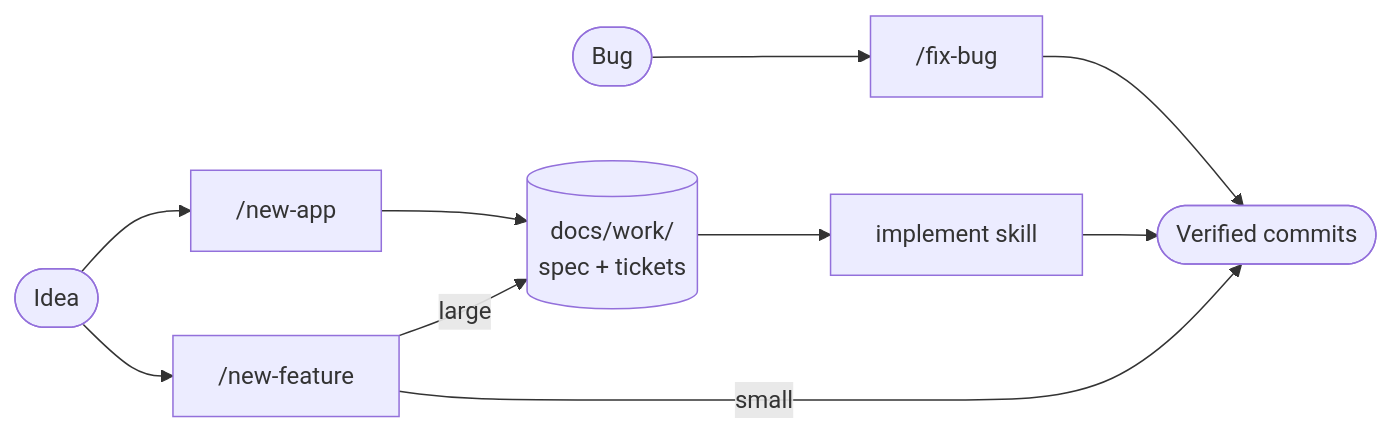
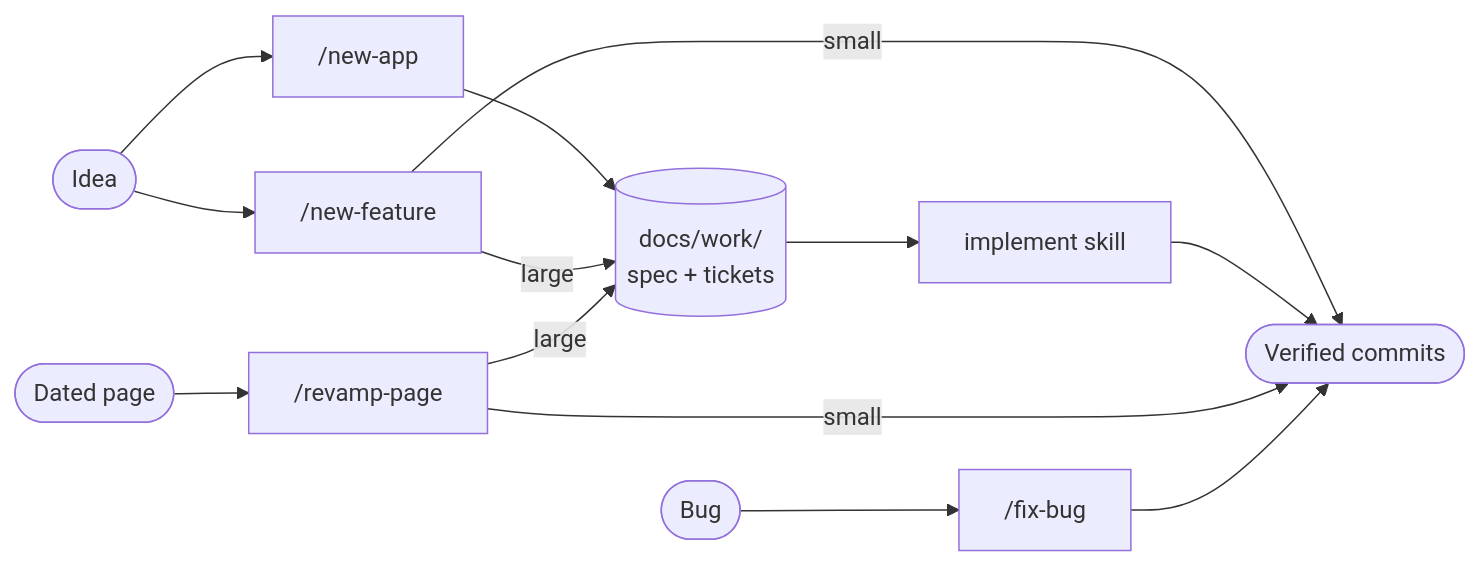
One commit to mrizkiaiman/airman-mode changed the diagram in docs/concepts.md. Above: the diagram before and after it, drawn with Mermaid. The commit also changed other lines of this file and 15 other files, not shown here.

First line of the commit message:
feat: add /revamp-page command

````diff
--- a/docs/concepts.md
+++ b/docs/concepts.md
@@ -13,12 +13,15 @@
 ```mermaid
 flowchart LR
     idea([Idea]) --> newapp["/new-app"]
     idea --> feature["/new-feature"]
     bug([Bug]) --> fixbug["/fix-bug"]
+    page([Dated page]) --> revamp["/revamp-page"]
     newapp --> tickets[("docs/work/<br/>spec + tickets")]
     feature -- large --> tickets
     feature -- small --> done([Verified commits])
     tickets --> implement["implement skill"]
     implement --> done
+    revamp -- large --> tickets
+    revamp -- small --> done
     fixbug --> done
 ```
````
